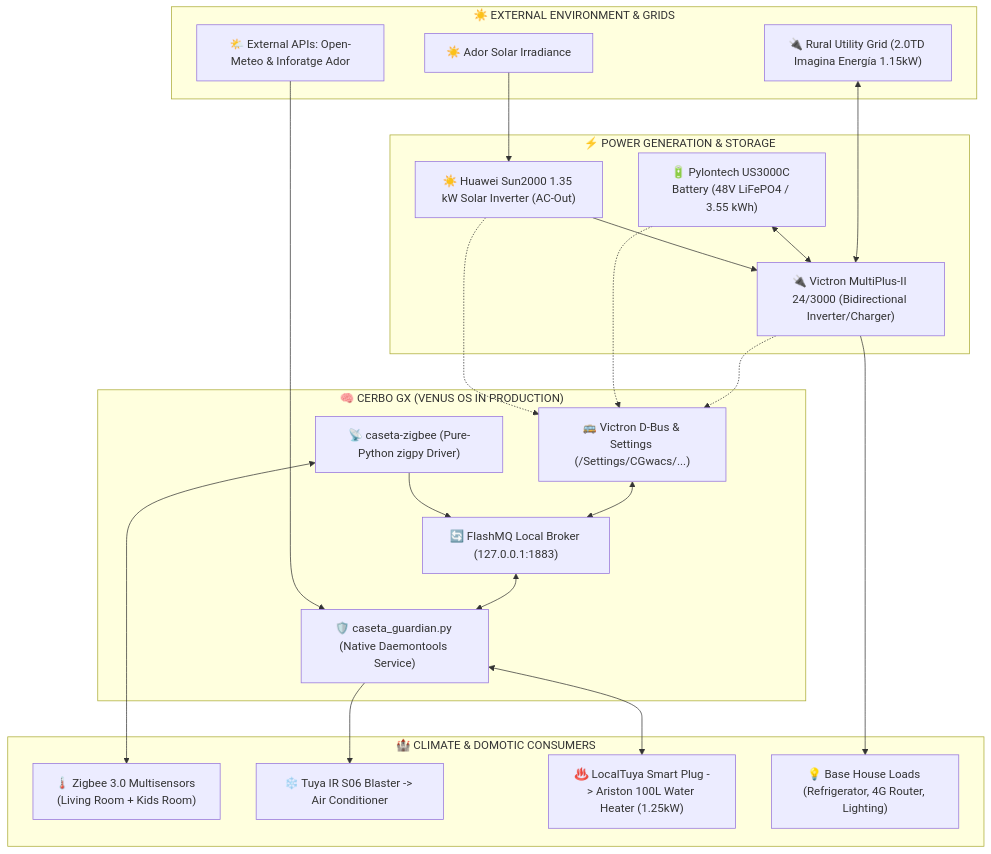
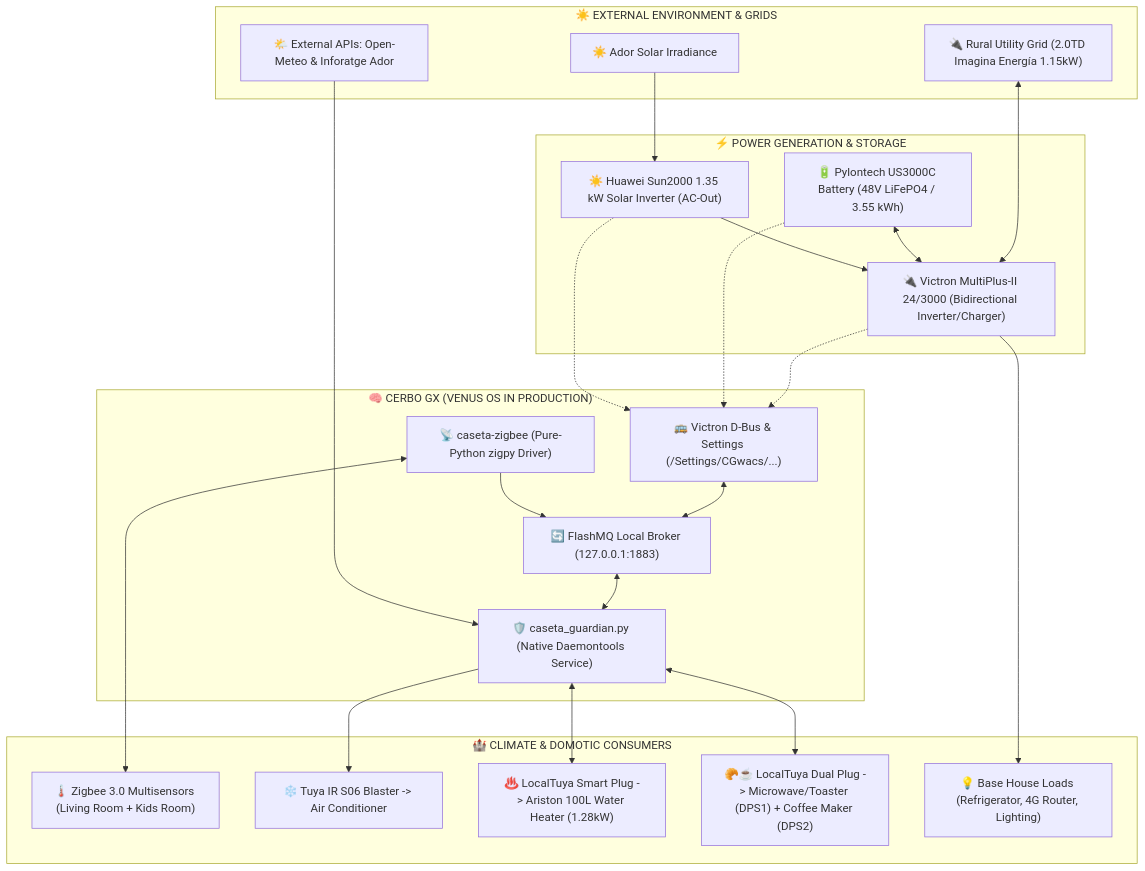
One commit to CasimirVictoria/caseta-guardian changed the first of 2 diagrams in README.md. Above: the diagram before and after it, drawn with Mermaid. The commit also changed other lines of this file and 1 other file, not shown here.

Commit message:
docs: update architecture diagrams, 3-tier SoC matrix, cascading C-rate load shedding, and Tuya dual plug integration

````diff
--- a/README.md
+++ b/README.md
@@ -102,46 +102,48 @@
 ```mermaid
 graph TD
     subgraph EXTERIOR ["☀️ EXTERNAL ENVIRONMENT & GRIDS"]
         SUN["☀️ Ador Solar Irradiance"]
         GRID["🔌 Rural Utility Grid (2.0TD Imagina Energía 1.15kW)"]
         METEO["🌤️ External APIs: Open-Meteo & Inforatge Ador"]
     end
 
     subgraph GENERACIO ["⚡ POWER GENERATION & STORAGE"]
         HUAWEI["☀️ Huawei Sun2000 1.35 kW Solar Inverter (AC-Out)"]
         PYLON["🔋 Pylontech US3000C Battery (48V LiFePO4 / 3.55 kWh)"]
         MULTI["🔌 Victron MultiPlus-II 24/3000 (Bidirectional Inverter/Charger)"]
     end
 
     subgraph CONTROL ["🧠 CERBO GX (VENUS OS IN PRODUCTION)"]
         DBUS["🚌 Victron D-Bus & Settings (/Settings/CGwacs/...)"]
         MQTT["🔄 FlashMQ Local Broker (127.0.0.1:1883)"]
         GUARDIAN["🛡️ caseta_guardian.py (Native Daemontools Service)"]
         ZIGBEE_DAEMON["📡 caseta-zigbee (Pure-Python zigpy Driver)"]
     end
 
     subgraph DOMOTICA ["🏰 CLIMATE & DOMOTIC CONSUMERS"]
         ZIG_SENS["🌡️ Zigbee 3.0 Multisensors (Living Room + Kids Room)"]
         TUYA_IR["❄️ Tuya IR S06 Blaster -> Air Conditioner"]
-        TERMO_PLUG["♨️ LocalTuya Smart Plug -> Ariston 100L Water Heater (1.25kW)"]
+        TERMO_PLUG["♨️ LocalTuya Smart Plug -> Ariston 100L Water Heater (1.28kW)"]
+        CUINA_PLUG["🥐☕ LocalTuya Dual Plug -> Microwave/Toaster (DPS1) + Coffee Maker (DPS2)"]
         HOUSE_LOADS["💡 Base House Loads (Refrigerator, 4G Router, Lighting)"]
     end
 
     SUN --> HUAWEI
     GRID <--> MULTI
     PYLON <--> MULTI
     HUAWEI --> MULTI
     MULTI --> HOUSE_LOADS
 
     MULTI -.-> DBUS
     PYLON -.-> DBUS
     HUAWEI -.-> DBUS
     DBUS <--> MQTT
     MQTT <--> GUARDIAN
     METEO --> GUARDIAN
 
     ZIGBEE_DAEMON <--> ZIG_SENS
     ZIGBEE_DAEMON --> MQTT
     GUARDIAN --> TUYA_IR
     GUARDIAN <--> TERMO_PLUG
+    GUARDIAN <--> CUINA_PLUG
 ```
````
